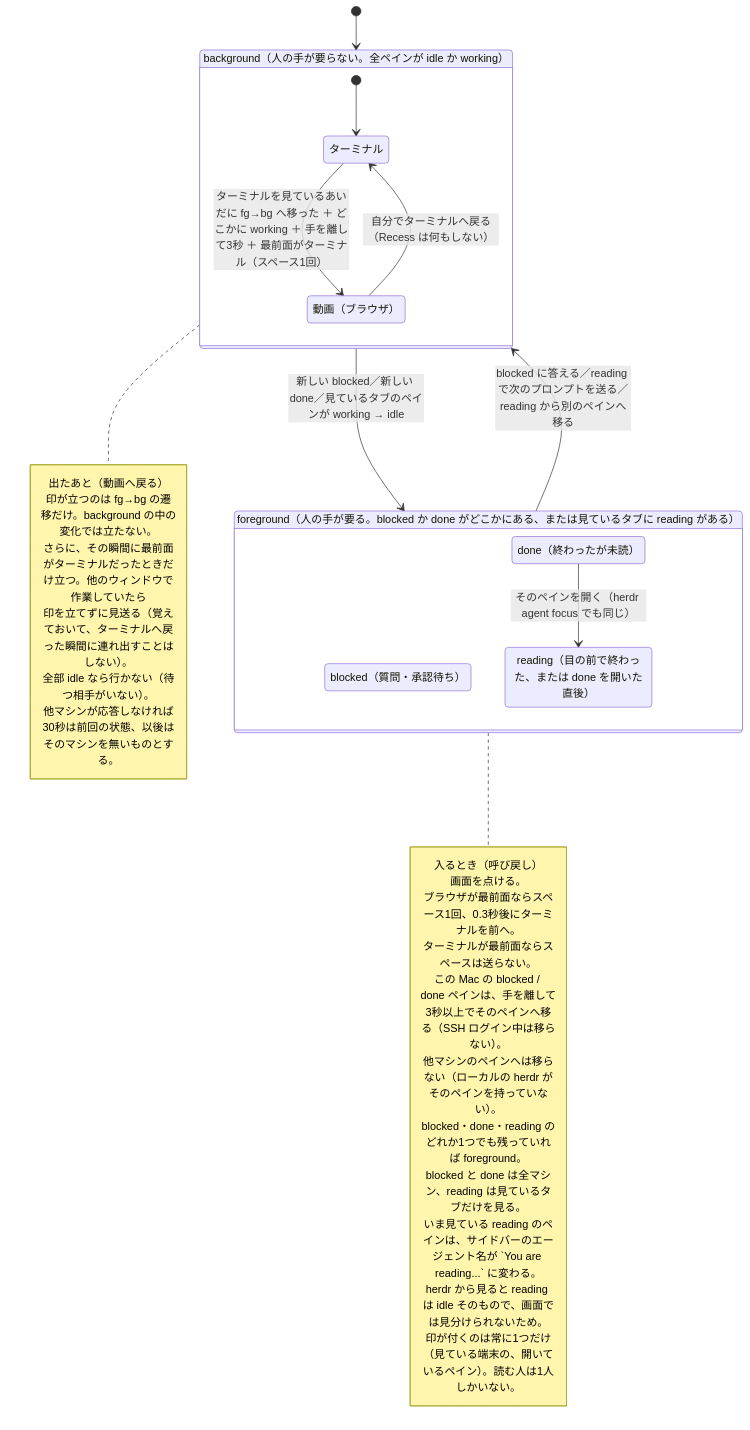
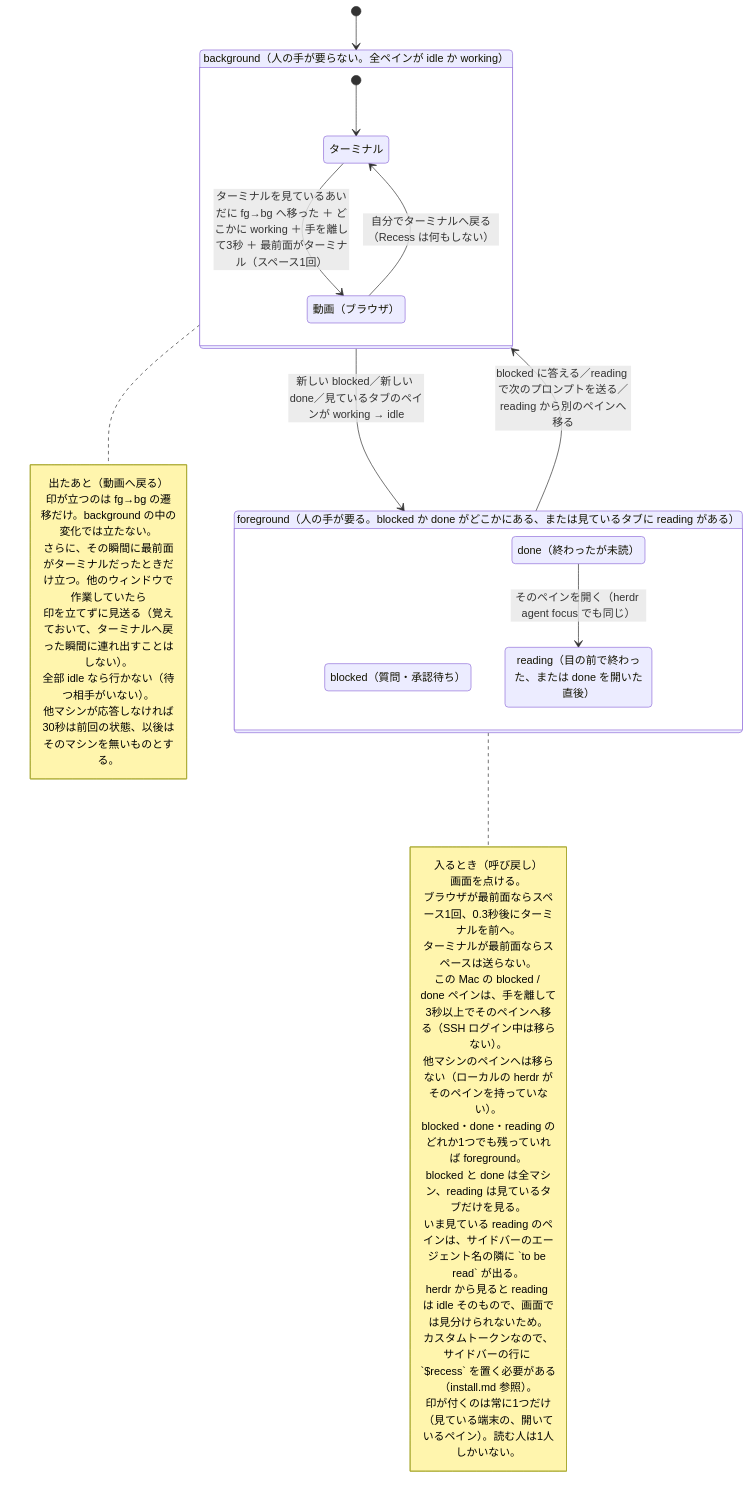
One commit to tatsuro-ueda/recess changed the second of 2 diagrams in docs/spec.md. Above: the diagram before and after it, drawn with Mermaid. The commit also changed other lines of this file and 4 other files, not shown here.

````diff
--- a/docs/spec.md
+++ b/docs/spec.md
@@ -161,46 +163,47 @@
 ```mermaid
 stateDiagram-v2
     direction TB
 
     state "background（人の手が要らない。全ペインが idle か working）" as bg {
         state "ターミナル" as term
         state "動画（ブラウザ）" as nf
         [*] --> term
         term --> nf : ターミナルを見ているあいだに fg→bg へ移った ＋ どこかに working ＋ 手を離して3秒 ＋ 最前面がターミナル（スペース1回）
         nf --> term : 自分でターミナルへ戻る（Recess は何もしない）
     }
 
     state "foreground（人の手が要る。blocked か done がどこかにある、または見ているタブに reading がある）" as fg {
         state "blocked（質問・承認待ち）" as blocked
         state "done（終わったが未読）" as done
         state "reading（目の前で終わった、または done を開いた直後）" as reading
         done --> reading : そのペインを開く（herdr agent focus でも同じ）
     }
 
     [*] --> bg
     bg --> fg : 新しい blocked／新しい done／見ているタブのペインが working → idle
     fg --> bg : blocked に答える／reading で次のプロンプトを送る／reading から別のペインへ移る
 
     note right of fg
         入るとき（呼び戻し）
         画面を点ける。
         ブラウザが最前面ならスペース1回、0.3秒後にターミナルを前へ。
         ターミナルが最前面ならスペースは送らない。
         この Mac の blocked / done ペインは、手を離して3秒以上でそのペインへ移る（SSH ログイン中は移らない）。
         他マシンのペインへは移らない（ローカルの herdr がそのペインを持っていない）。
         blocked・done・reading のどれか1つでも残っていれば foreground。
         blocked と done は全マシン、reading は見ているタブだけを見る。
-        いま見ている reading のペインは、サイドバーのエージェント名が `You are reading...` に変わる。
+        いま見ている reading のペインは、サイドバーのエージェント名の隣に `to be read` が出る。
         herdr から見ると reading は idle そのもので、画面では見分けられないため。
+        カスタムトークンなので、サイドバーの行に `$recess` を置く必要がある（install.md 参照）。
         印が付くのは常に1つだけ（見ている端末の、開いているペイン）。読む人は1人しかいない。
     end note
 
     note right of bg
         出たあと（動画へ戻る）
         印が立つのは fg→bg の遷移だけ。background の中の変化では立たない。
         さらに、その瞬間に最前面がターミナルだったときだけ立つ。他のウィンドウで作業していたら
         印を立てずに見送る（覚えておいて、ターミナルへ戻った瞬間に連れ出すことはしない）。
         全部 idle なら行かない（待つ相手がいない）。
         他マシンが応答しなければ30秒は前回の状態、以後はそのマシンを無いものとする。
     end note
 ```
````
